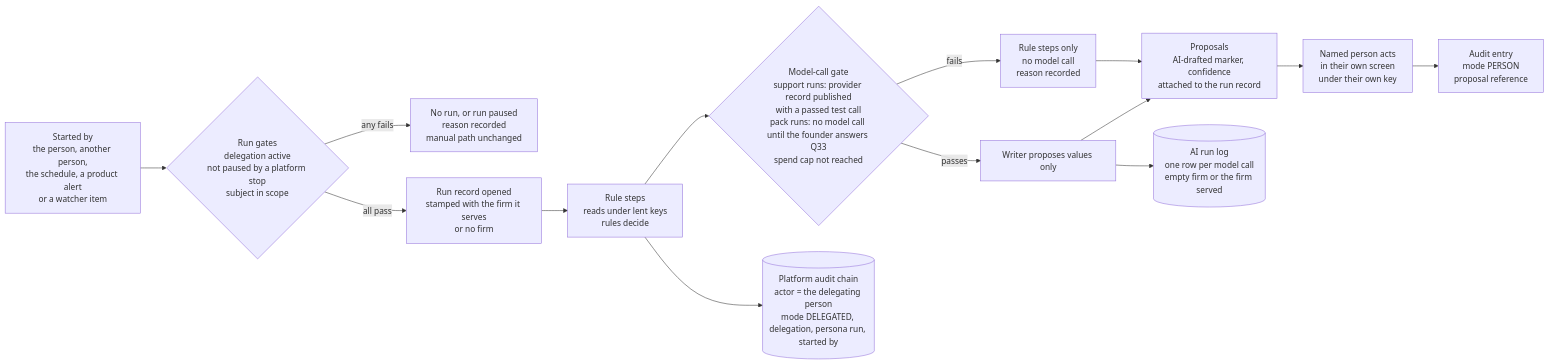
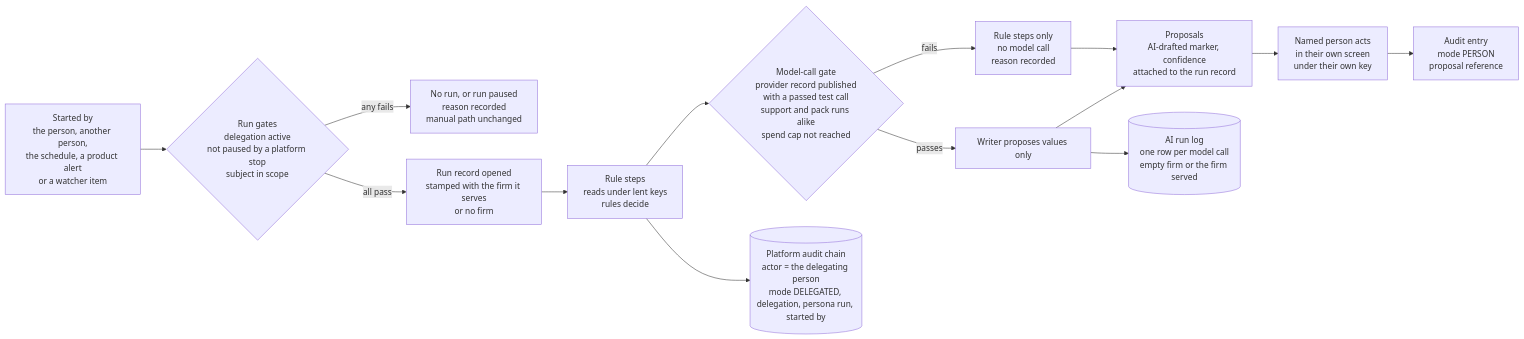
Before and after one commit to ranjan-expatready/xpatready: the first of 4 diagrams in ai-workers/requirements/AW-02-platform-ai-assistants_v0.1.md, drawn with Mermaid. The commit also changed other lines of this file and 14 other files, not shown here.

Commit message:
WS2 Step 3: founder's batch applied (AW-02 v0.8, CN-FDL changes 10-14, tests unblocked); Step 3 closed

````diff
--- a/ai-workers/requirements/AW-02-platform-ai-assistants_v0.1.md
+++ b/ai-workers/requirements/AW-02-platform-ai-assistants_v0.1.md
@@ -107,16 +111,16 @@
 ```mermaid
 flowchart LR
     T[Started by<br/>the person, another person,<br/>the schedule, a product alert<br/>or a watcher item] --> G{Run gates<br/>delegation active<br/>not paused by a platform stop<br/>subject in scope}
     G -->|any fails| S[No run, or run paused<br/>reason recorded<br/>manual path unchanged]
     G -->|all pass| R[Run record opened<br/>stamped with the firm it serves<br/>or no firm]
     R --> STEP[Rule steps<br/>reads under lent keys<br/>rules decide]
-    STEP --> MG{Model-call gate<br/>support runs: provider record published<br/>with a passed test call<br/>pack runs: no model call until the founder answers Q33<br/>spend cap not reached}
+    STEP --> MG{Model-call gate<br/>provider record published<br/>with a passed test call<br/>support and pack runs alike<br/>spend cap not reached}
     MG -->|passes| W[Writer proposes values only]
     MG -->|fails| N[Rule steps only<br/>no model call<br/>reason recorded]
     W --> P[Proposals<br/>AI-drafted marker, confidence<br/>attached to the run record]
     N --> P
     P --> H[Named person acts<br/>in their own screen<br/>under their own key]
     H --> A[Audit entry<br/>mode PERSON<br/>proposal reference]
     W --> L[(AI run log<br/>one row per model call<br/>empty firm or the firm served)]
     STEP --> AU[(Platform audit chain<br/>actor = the delegating person<br/>mode DELEGATED, delegation, persona run, started by)]
 ```
````
